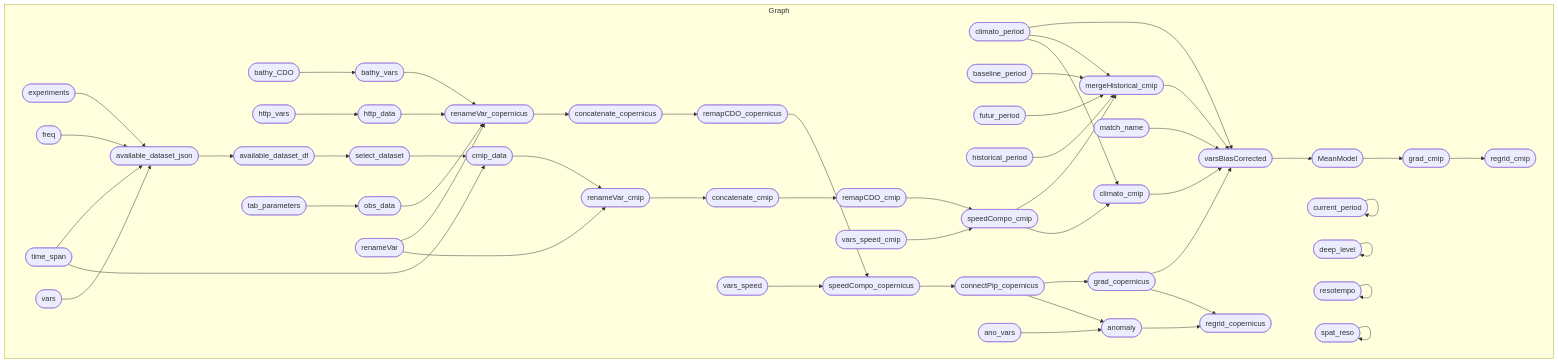
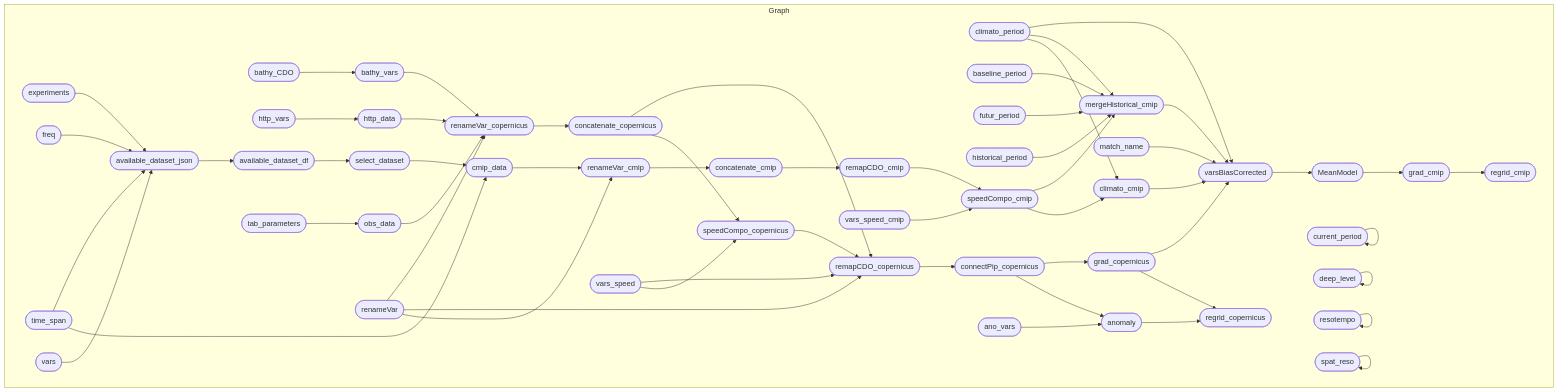
One commit to r-fernandezz/downshape changed the diagram in README.md. Above: the diagram before and after it, drawn with Mermaid. The commit also changed other lines of this file and 3 other files, not shown here.

Commit message:
💥 CHANGE: speed vars created at the begining of the process

````diff
--- a/README.md
+++ b/README.md
@@ -23,56 +23,59 @@
 ``` mermaid
 graph LR
   subgraph Graph
     direction LR
     x0c817e56268c947c(["climato_cmip"]):::outdated --> x178958aede3793d9(["varsBiasCorrected"]):::outdated
     xbbe4eafa679df977(["climato_period"]):::outdated --> x178958aede3793d9(["varsBiasCorrected"]):::outdated
     x37179b61a203cbd3(["grad_copernicus"]):::uptodate --> x178958aede3793d9(["varsBiasCorrected"]):::outdated
     xab1c13260db879af(["match_name"]):::outdated --> x178958aede3793d9(["varsBiasCorrected"]):::outdated
     xf21dac5ab86940da(["mergeHistorical_cmip"]):::outdated --> x178958aede3793d9(["varsBiasCorrected"]):::outdated
     xac02e5e58926353b(["experiments"]):::uptodate --> x6fcf9b0e7fc429ff(["available_dataset_json"]):::outdated
     x906e78a8df9f52cb(["freq"]):::outdated --> x6fcf9b0e7fc429ff(["available_dataset_json"]):::outdated
     x2c0118dd07b06ac8(["time_span"]):::outdated --> x6fcf9b0e7fc429ff(["available_dataset_json"]):::outdated
     x8f15ec77b8dbd81a(["vars"]):::outdated --> x6fcf9b0e7fc429ff(["available_dataset_json"]):::outdated
     x178958aede3793d9(["varsBiasCorrected"]):::outdated --> x0754d07deb71dd34(["MeanModel"]):::outdated
-    x9b87618f04cad4de(["anomaly"]):::uptodate --> x86e690a15fc5d647(["regrid_copernicus"]):::outdated
-    x37179b61a203cbd3(["grad_copernicus"]):::uptodate --> x86e690a15fc5d647(["regrid_copernicus"]):::outdated
+    x9b87618f04cad4de(["anomaly"]):::uptodate --> x86e690a15fc5d647(["regrid_copernicus"]):::uptodate
+    x37179b61a203cbd3(["grad_copernicus"]):::uptodate --> x86e690a15fc5d647(["regrid_copernicus"]):::uptodate
     x21b09bf88a2ff147(["baseline_period"]):::uptodate --> xf21dac5ab86940da(["mergeHistorical_cmip"]):::outdated
     xbbe4eafa679df977(["climato_period"]):::outdated --> xf21dac5ab86940da(["mergeHistorical_cmip"]):::outdated
     xbce5cad1cf7e7103(["futur_period"]):::outdated --> xf21dac5ab86940da(["mergeHistorical_cmip"]):::outdated
     x57dd1d5e854c11b6(["historical_period"]):::outdated --> xf21dac5ab86940da(["mergeHistorical_cmip"]):::outdated
     xe5de19f3be59da20(["speedCompo_cmip"]):::outdated --> xf21dac5ab86940da(["mergeHistorical_cmip"]):::outdated
     xf5c6fd225c377a3d(["bathy_CDO"]):::uptodate --> xb5817e1daca13dcc(["bathy_vars"]):::uptodate
     x4fe875b2492d0106(["concatenate_cmip"]):::outdated --> xf4b49e2ba07661b1(["remapCDO_cmip"]):::outdated
     x71e926299248ce3f(["http_vars"]):::uptodate --> x35b468daf9281b76(["http_data"]):::uptodate
     x4c3d86d2401270ef(["grad_cmip"]):::outdated --> x14e8a4fa0f44afa5(["regrid_cmip"]):::outdated
     xf4b49e2ba07661b1(["remapCDO_cmip"]):::outdated --> xe5de19f3be59da20(["speedCompo_cmip"]):::outdated
     x7a197bdf5f12681a(["vars_speed_cmip"]):::outdated --> xe5de19f3be59da20(["speedCompo_cmip"]):::outdated
     xd2707862cf793d3a(["connectPip_copernicus"]):::uptodate --> x37179b61a203cbd3(["grad_copernicus"]):::uptodate
     x3f5ab24ee8d242b4(["select_dataset"]):::outdated --> xd8e5f2013a341013(["cmip_data"]):::outdated
     x2c0118dd07b06ac8(["time_span"]):::outdated --> xd8e5f2013a341013(["cmip_data"]):::outdated
     xb5817e1daca13dcc(["bathy_vars"]):::uptodate --> xe44467b2b079fc18(["renameVar_copernicus"]):::uptodate
     x35b468daf9281b76(["http_data"]):::uptodate --> xe44467b2b079fc18(["renameVar_copernicus"]):::uptodate
     xd7bca5ba4e5f539d(["obs_data"]):::uptodate --> xe44467b2b079fc18(["renameVar_copernicus"]):::uptodate
     xd15c82dcb79a7c2e(["renameVar"]):::uptodate --> xe44467b2b079fc18(["renameVar_copernicus"]):::uptodate
     x6fcf9b0e7fc429ff(["available_dataset_json"]):::outdated --> xe895740a9b7896f7(["available_dataset_df"]):::outdated
     x0754d07deb71dd34(["MeanModel"]):::outdated --> x4c3d86d2401270ef(["grad_cmip"]):::outdated
     x4301c707c2ab0cdc(["tab_parameters"]):::uptodate --> xd7bca5ba4e5f539d(["obs_data"]):::uptodate
     xe44467b2b079fc18(["renameVar_copernicus"]):::uptodate --> x9289bfb53112cf3b(["concatenate_copernicus"]):::uptodate
     xe895740a9b7896f7(["available_dataset_df"]):::outdated --> x3f5ab24ee8d242b4(["select_dataset"]):::outdated
     x0262297569c18022(["renameVar_cmip"]):::outdated --> x4fe875b2492d0106(["concatenate_cmip"]):::outdated
     xb5a86a9ebe0b7b97(["ano_vars"]):::uptodate --> x9b87618f04cad4de(["anomaly"]):::uptodate
     xd2707862cf793d3a(["connectPip_copernicus"]):::uptodate --> x9b87618f04cad4de(["anomaly"]):::uptodate
-    xec6283d15a25ed08(["remapCDO_copernicus"]):::uptodate --> xfc6ed28680e5db72(["speedCompo_copernicus"]):::uptodate
+    x9289bfb53112cf3b(["concatenate_copernicus"]):::uptodate --> xec6283d15a25ed08(["remapCDO_copernicus"]):::uptodate
+    xd15c82dcb79a7c2e(["renameVar"]):::uptodate --> xec6283d15a25ed08(["remapCDO_copernicus"]):::uptodate
+    xfc6ed28680e5db72(["speedCompo_copernicus"]):::uptodate --> xec6283d15a25ed08(["remapCDO_copernicus"]):::uptodate
+    xca459201a27e8460(["vars_speed"]):::uptodate --> xec6283d15a25ed08(["remapCDO_copernicus"]):::uptodate
+    x9289bfb53112cf3b(["concatenate_copernicus"]):::uptodate --> xfc6ed28680e5db72(["speedCompo_copernicus"]):::uptodate
     xca459201a27e8460(["vars_speed"]):::uptodate --> xfc6ed28680e5db72(["speedCompo_copernicus"]):::uptodate
-    x9289bfb53112cf3b(["concatenate_copernicus"]):::uptodate --> xec6283d15a25ed08(["remapCDO_copernicus"]):::uptodate
-    xfc6ed28680e5db72(["speedCompo_copernicus"]):::uptodate --> xd2707862cf793d3a(["connectPip_copernicus"]):::uptodate
+    xec6283d15a25ed08(["remapCDO_copernicus"]):::uptodate --> xd2707862cf793d3a(["connectPip_copernicus"]):::uptodate
     xd8e5f2013a341013(["cmip_data"]):::outdated --> x0262297569c18022(["renameVar_cmip"]):::outdated
     xd15c82dcb79a7c2e(["renameVar"]):::uptodate --> x0262297569c18022(["renameVar_cmip"]):::outdated
     xbbe4eafa679df977(["climato_period"]):::outdated --> x0c817e56268c947c(["climato_cmip"]):::outdated
     xe5de19f3be59da20(["speedCompo_cmip"]):::outdated --> x0c817e56268c947c(["climato_cmip"]):::outdated
     x084994fb0e480676(["current_period"]):::uptodate --> x084994fb0e480676(["current_period"]):::uptodate
     x625f066a5f205ec8(["deep_level"]):::uptodate --> x625f066a5f205ec8(["deep_level"]):::uptodate
     x55a14a7f5821bbec(["resotempo"]):::uptodate --> x55a14a7f5821bbec(["resotempo"]):::uptodate
     xe73cbbcc20086ecd(["spat_reso"]):::uptodate --> xe73cbbcc20086ecd(["spat_reso"]):::uptodate
   end
 ```
````
